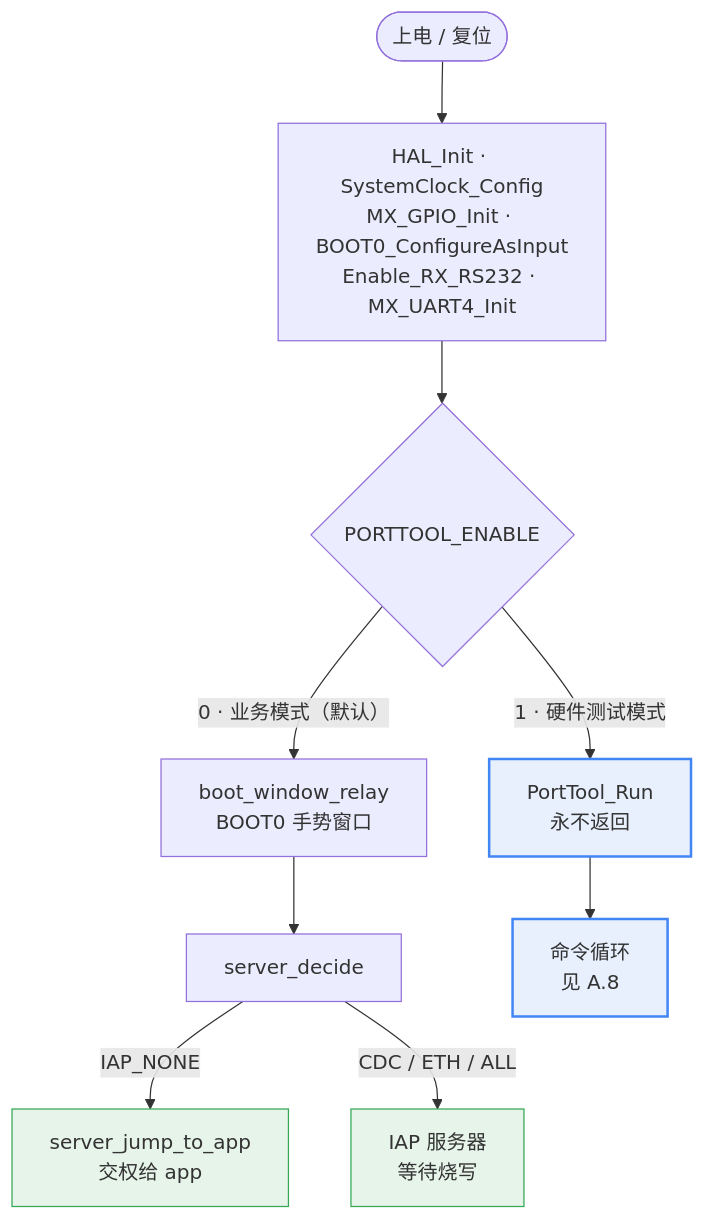
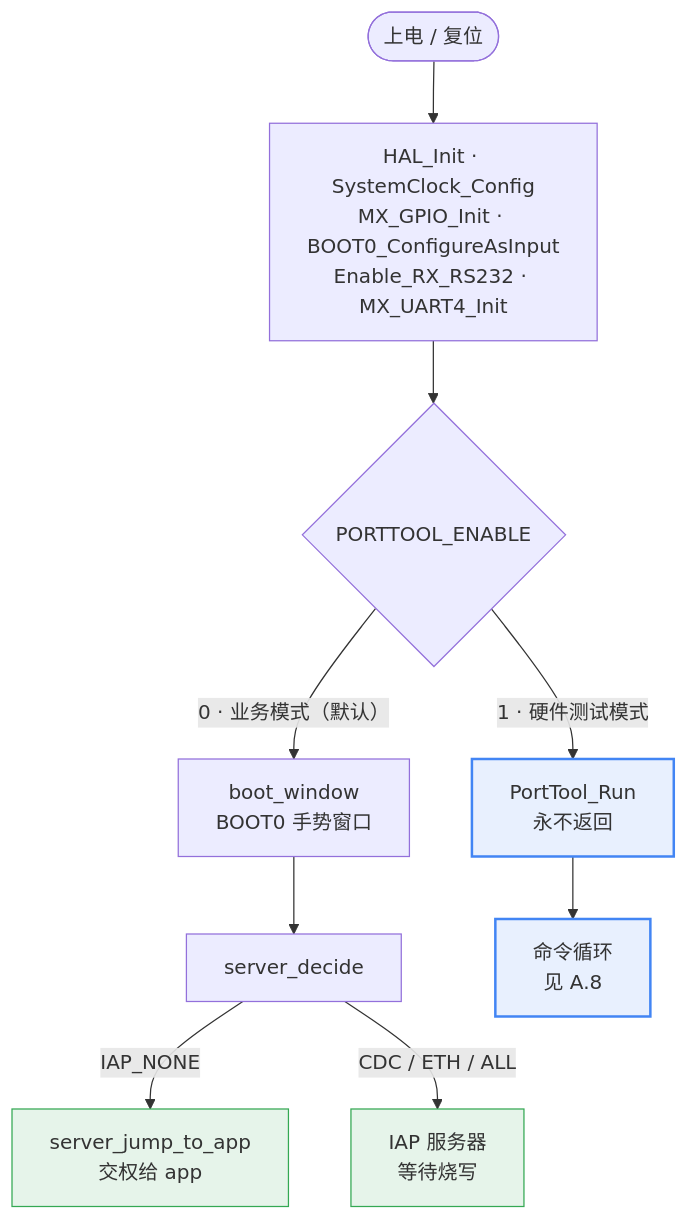
Before and after one commit to haliboteda/OpenPLC_Docs: the fifth of 8 diagrams in docs/modules/M4/PORTTOOL-FLOW.md, drawn with Mermaid. The commit also changed 36 other files, not shown here.

````diff
--- a/docs/modules/M4/PORTTOOL-FLOW.md
+++ b/docs/modules/M4/PORTTOOL-FLOW.md
@@ -585,19 +585,19 @@
 ```mermaid
 flowchart TD
     RESET([上电 / 复位]) --> INIT["HAL_Init · SystemClock_Config<br/>MX_GPIO_Init · BOOT0_ConfigureAsInput<br/>Enable_RX_RS232 · MX_UART4_Init"]
     INIT --> SW{PORTTOOL_ENABLE}
 
     SW -->|"1 · 硬件测试模式"| PT["PortTool_Run<br/>永不返回"]
-    SW -->|"0 · 业务模式（默认）"| BIZ["boot_window_relay<br/>BOOT0 手势窗口"]
+    SW -->|"0 · 业务模式（默认）"| BIZ["boot_window<br/>BOOT0 手势窗口"]
 
     BIZ --> DECIDE["server_decide"]
     DECIDE -->|IAP_NONE| JUMP["server_jump_to_app<br/>交权给 app"]
     DECIDE -->|CDC / ETH / ALL| IAP["IAP 服务器<br/>等待烧写"]
 
     PT --> LOOP["命令循环<br/>见 A.8"]
 
     style PT fill:#e8f0fe,stroke:#4285f4,stroke-width:2px
     style LOOP fill:#e8f0fe,stroke:#4285f4,stroke-width:2px
     style JUMP fill:#e6f4ea,stroke:#34a853
     style IAP fill:#e6f4ea,stroke:#34a853
 ```
````
